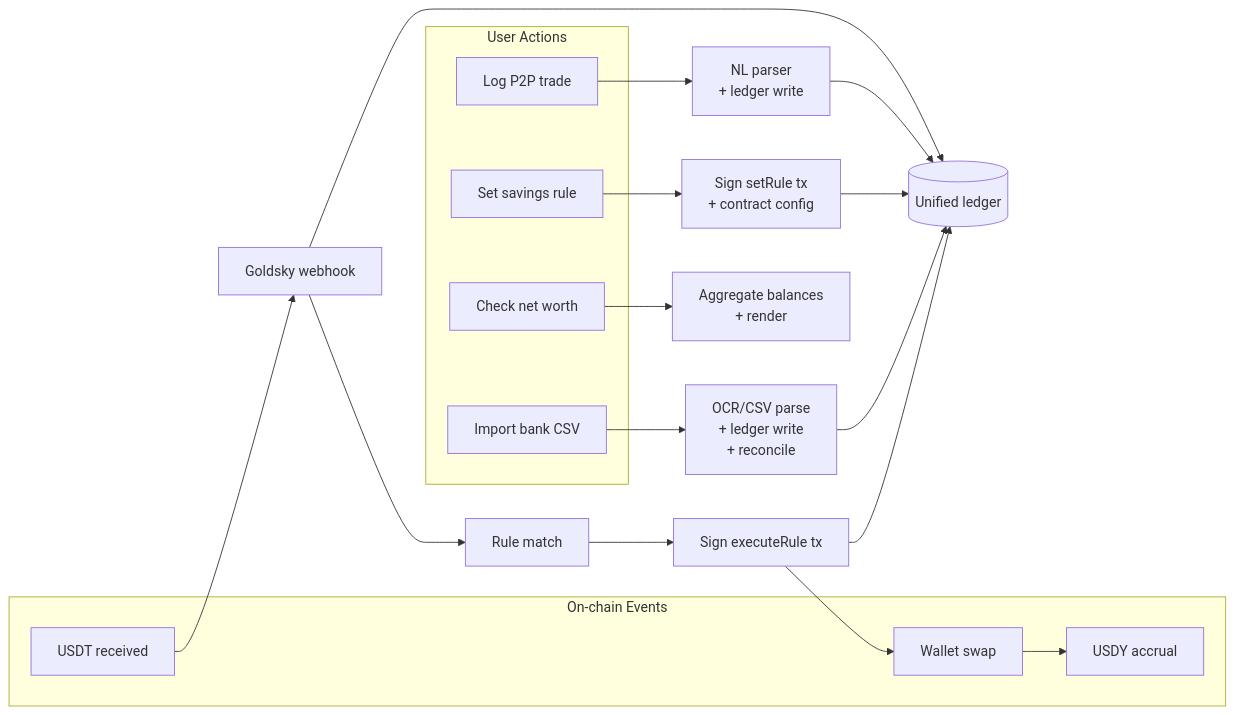
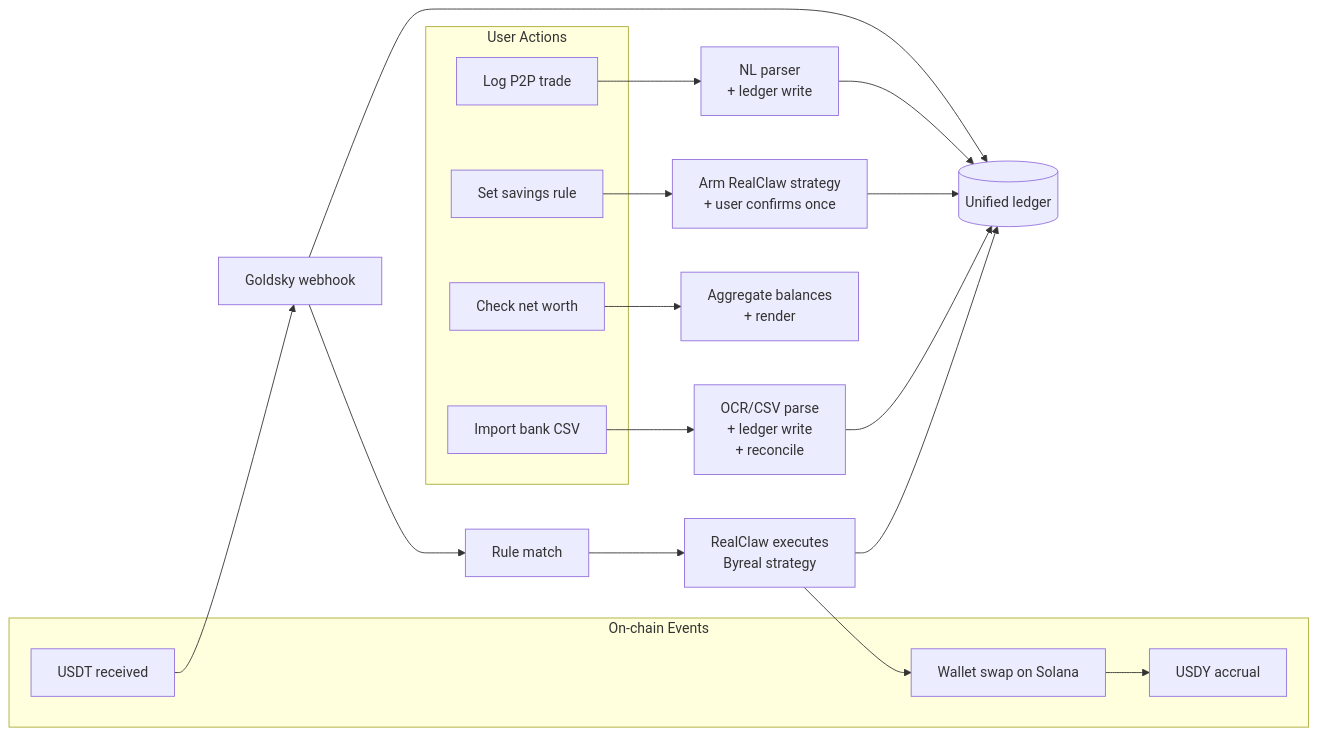
One commit to aliyanamu/tali changed the third of 3 diagrams in docs/architecture.md. Above: the diagram before and after it, drawn with Mermaid. The commit also changed other lines of this file and 4 other files, not shown here.

First line of the commit message:
docs: update product narrative and architecture for realclaw-integration

````diff
--- a/docs/architecture.md
+++ b/docs/architecture.md
@@ -100,32 +88,32 @@
 ```mermaid
 flowchart LR
     subgraph User Actions
         U1[Log P2P trade]
         U2[Set savings rule]
         U3[Check net worth]
         U4[Import bank CSV]
     end
 
     subgraph On-chain Events
         E1[USDT received]
-        E2[Wallet swap]
+        E2[Wallet swap on Solana]
         E3[USDY accrual]
     end
 
     U1 --> NL[NL parser<br/>+ ledger write]
-    U2 --> SET[Sign setRule tx<br/>+ contract config]
+    U2 --> SET[Arm RealClaw strategy<br/>+ user confirms once]
     U3 --> AGG[Aggregate balances<br/>+ render]
     U4 --> OCR[OCR/CSV parse<br/>+ ledger write<br/>+ reconcile]
 
     E1 --> WH[Goldsky webhook]
     WH --> MATCH[Rule match]
-    MATCH --> EXEC[Sign executeRule tx]
+    MATCH --> EXEC[RealClaw executes<br/>Byreal strategy]
     EXEC --> E2
     E2 --> E3
 
     NL --> LEDGER[(Unified ledger)]
     SET --> LEDGER
     OCR --> LEDGER
     EXEC --> LEDGER
     WH --> LEDGER
 ```
````
